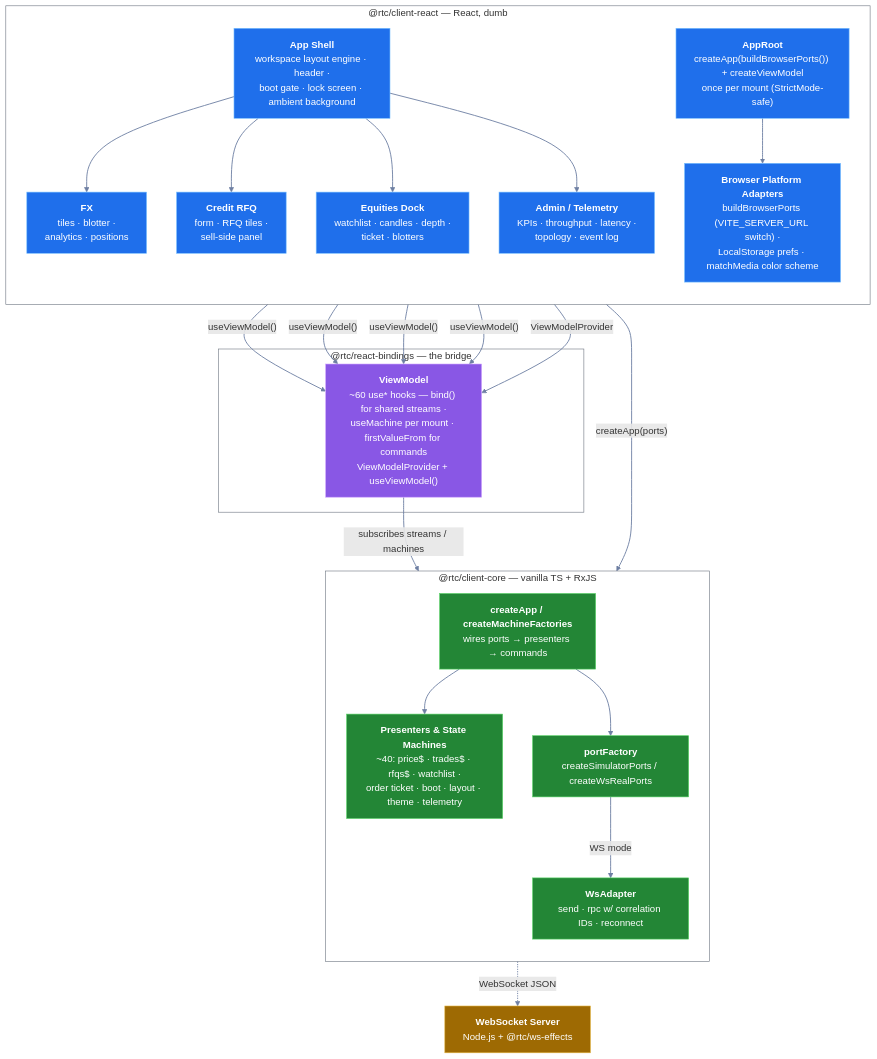
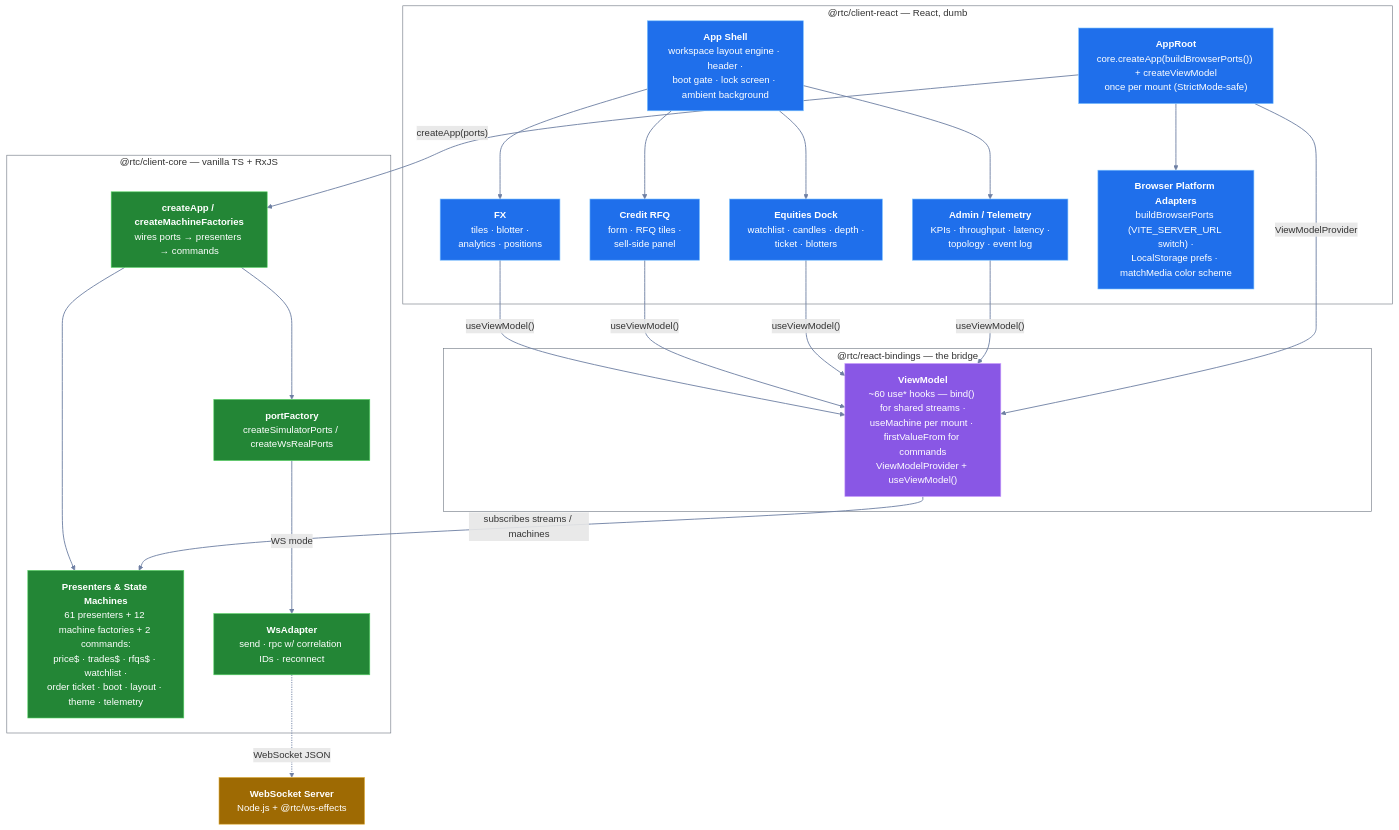
The fourth of 7 diagrams in docs/architecture/02-c4-model.md (bettersoftware-io/ReactiveTraderCloudClone), drawn with Mermaid before and after one commit. The commit also changed other lines of this file, not shown here.

First line of the commit message:
docs(architecture): C4 containers cover the cores, leaves and tooling

````diff
--- a/docs/architecture/02-c4-model.md
+++ b/docs/architecture/02-c4-model.md
@@ -103,50 +154,48 @@
 ```mermaid
 flowchart TB
     subgraph uiLayer["@rtc/client-react — React, dumb"]
-        direction TB
         app["<b>App Shell</b><br/>workspace layout engine · header ·<br/>boot gate · lock screen · ambient background"]:::ui
         fxTiles["<b>FX</b><br/>tiles · blotter ·<br/>analytics · positions"]:::ui
         creditRfq["<b>Credit RFQ</b><br/>form · RFQ tiles ·<br/>sell-side panel"]:::ui
         equities["<b>Equities Dock</b><br/>watchlist · candles · depth ·<br/>ticket · blotters"]:::ui
         admin["<b>Admin / Telemetry</b><br/>KPIs · throughput · latency ·<br/>topology · event log"]:::ui
-        appRoot["<b>AppRoot</b><br/>createApp(buildBrowserPorts()) + createViewModel<br/>once per mount (StrictMode-safe)"]:::ui
+        appRoot["<b>AppRoot</b><br/>core.createApp(buildBrowserPorts()) + createViewModel<br/>once per mount (StrictMode-safe)"]:::ui
         browserAdapters["<b>Browser Platform Adapters</b><br/>buildBrowserPorts (VITE_SERVER_URL switch) ·<br/>LocalStorage prefs · matchMedia color scheme"]:::ui
         app --> fxTiles
         app --> creditRfq
         app --> equities
         app --> admin
     end
 
     subgraph bindingsLayer["@rtc/react-bindings — the bridge"]
         viewModel["<b>ViewModel</b><br/>~60 use* hooks — bind() for shared streams ·<br/>useMachine per mount · firstValueFrom for commands<br/>ViewModelProvider + useViewModel()"]:::bridge
     end
 
     subgraph coreLayer["@rtc/client-core — vanilla TS + RxJS"]
-        direction TB
         composition["<b>createApp / createMachineFactories</b><br/>wires ports → presenters → commands"]:::core
-        presenters["<b>Presenters & State Machines</b><br/>~40: price$ · trades$ · rfqs$ · watchlist ·<br/>order ticket · boot · layout · theme · telemetry"]:::core
+        presenters["<b>Presenters & State Machines</b><br/>61 presenters + 12 machine factories + 2 commands:<br/>price$ · trades$ · rfqs$ · watchlist ·<br/>order ticket · boot · layout · theme · telemetry"]:::core
         portFactory["<b>portFactory</b><br/>createSimulatorPorts / createWsRealPorts"]:::core
         wsAdapter["<b>WsAdapter</b><br/>send · rpc w/ correlation IDs · reconnect"]:::core
         composition --> presenters
         composition --> portFactory
         portFactory -->|"WS mode"| wsAdapter
     end
 
     server["<b>WebSocket Server</b><br/>Node.js + @rtc/ws-effects"]:::server
 
     fxTiles & creditRfq & equities & admin -->|"useViewModel()"| viewModel
     appRoot --> browserAdapters
     appRoot -->|"createApp(ports)"| composition
     appRoot -->|"ViewModelProvider"| viewModel
     viewModel -->|"subscribes streams / machines"| presenters
     wsAdapter -. WebSocket JSON .-> server
 
     classDef ui     fill:#1f6feb,stroke:#79c0ff,color:#ffffff
     classDef bridge fill:#8957e5,stroke:#d2a8ff,color:#ffffff
     classDef core   fill:#238636,stroke:#56d364,color:#ffffff
     classDef server fill:#9e6a03,stroke:#e3b341,color:#ffffff
     style uiLayer fill:transparent,stroke:#6e7681
     style bindingsLayer fill:transparent,stroke:#6e7681
     style coreLayer fill:transparent,stroke:#6e7681
     linkStyle default stroke:#6e7fa3,stroke-width:1.5px
 ```
````
